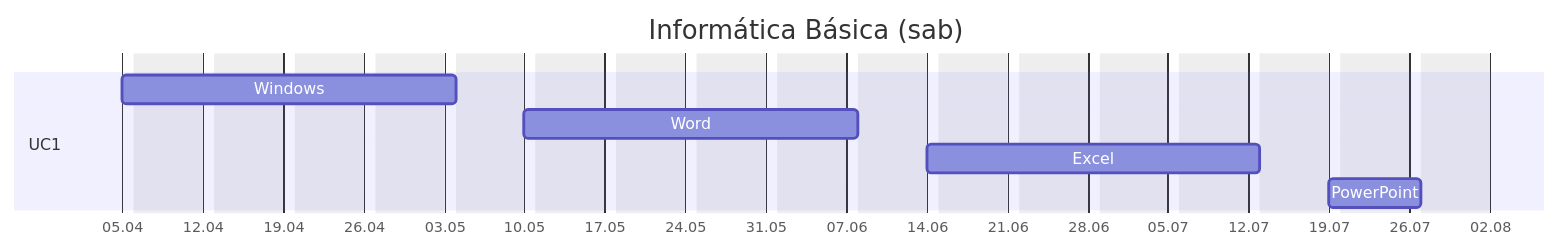
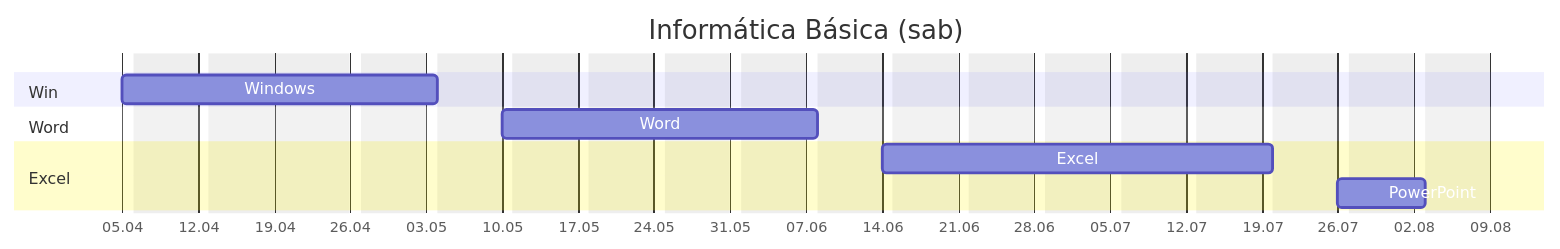
The diagram in src/site/notes/Informatica basica sabado.md (jocile/digitalgarden), drawn with Mermaid before and after one commit. The commit also changed other lines of this file and 3 other files, not shown here.

````diff
--- a/src/site/notes/Informatica basica sabado.md
+++ b/src/site/notes/Informatica basica sabado.md
@@ -34,14 +34,16 @@
 ```mermaid
 gantt
      title Informática Básica (sab)
      tickInterval 1week
      weekday Saturday
      excludes Sunday, Monday, Tuesday, Wednesday, Thursday, Friday, 19.04
-     dateFormat DD:MM
+     dateFormat DD.MM
      axisFormat %d.%m
-     section UC1
-         Windows :a1, 05:04, 5d
+     section Win
+         Windows :a1, 05.04, 4d
+     section Word
          Word :a2,after a1, 5d
-         Excel :a3, after a2, 5d
+     section Excel
+         Excel :a3, after a2, 6d
          PowerPoint :a4, after a3, 2d
 ```
````
